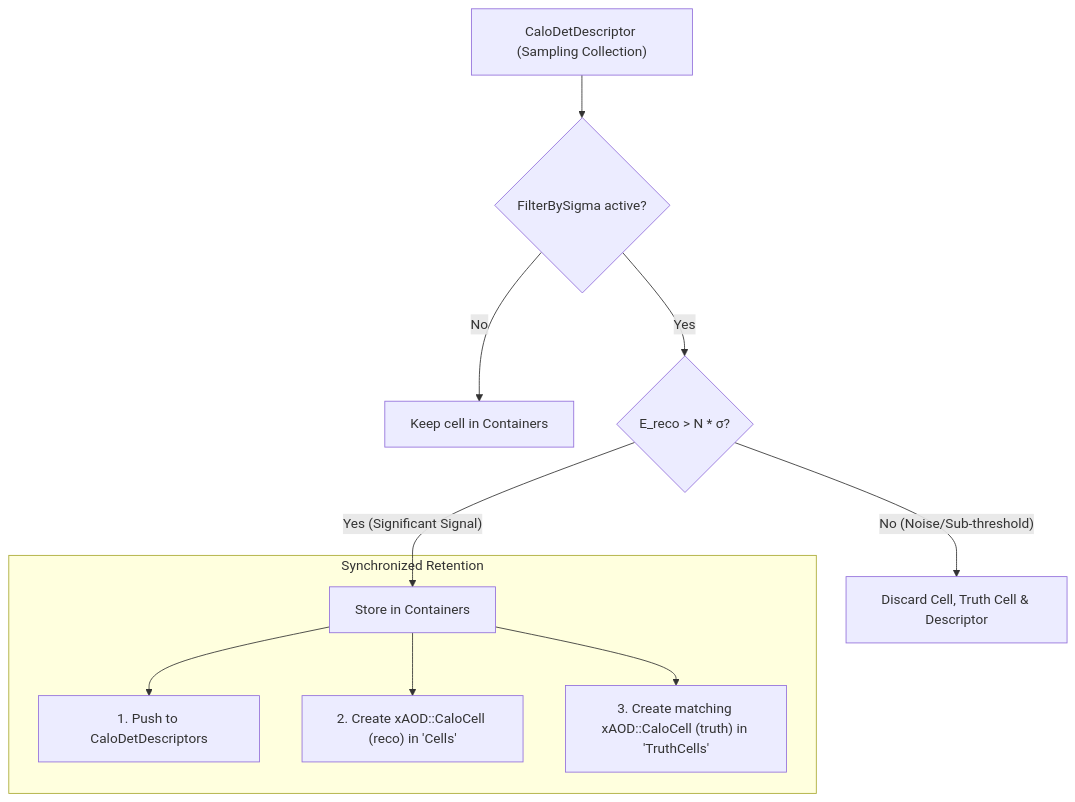
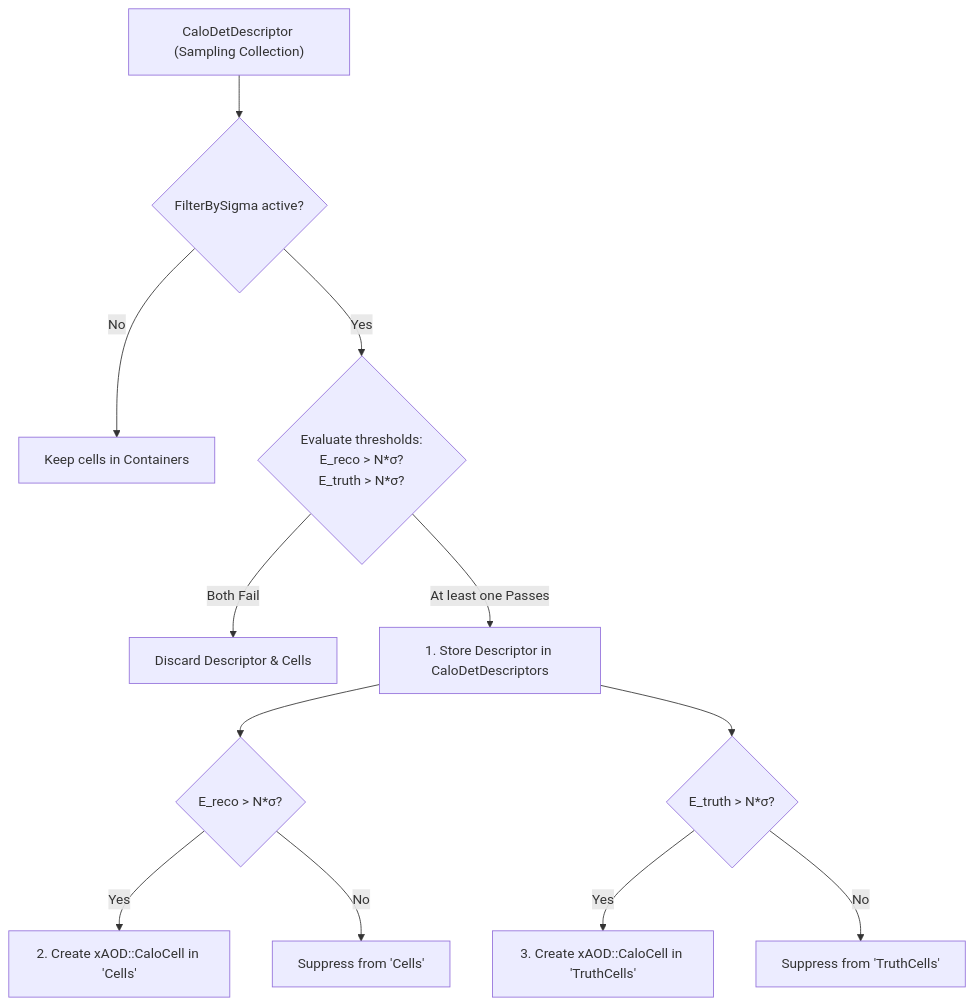
One commit to lordhsdw999-a11y/lorenzetti changed the second of 2 diagrams in reconstruction/calorimeter/CaloCellBuilder/README.md. Above: the diagram before and after it, drawn with Mermaid. The commit also changed other lines of this file and 9 other files, not shown here.

````diff
--- a/reconstruction/calorimeter/CaloCellBuilder/README.md
+++ b/reconstruction/calorimeter/CaloCellBuilder/README.md
@@ -166,14 +164,14 @@
 ```mermaid
 graph TD
     Desc["CaloDetDescriptor (Sampling Collection)"] --> Check{"FilterBySigma active?"}
-    Check -- "No" --> RetainAll["Keep cell in Containers"]
-    Check -- "Yes" --> Eval{"E_reco > N * &sigma;?"}
-    Eval -- "No (Noise/Sub-threshold)" --> Drop["Discard Cell, Truth Cell & Descriptor"]
-    Eval -- "Yes (Significant Signal)" --> Retain["Store in Containers"]
-
-    subgraph Synchronized Retention
-        Retain --> D["1. Push to CaloDetDescriptors"]
-        Retain --> C["2. Create xAOD::CaloCell (reco) in 'Cells'"]
-        Retain --> TC["3. Create matching xAOD::CaloCell (truth) in 'TruthCells'"]
-    end
+    Check -- "No" --> RetainAll["Keep cells in Containers"]
+    Check -- "Yes" --> Eval{"Evaluate thresholds:<br/>E_reco > N*&sigma;?<br/>E_truth > N*&sigma;?"}
+    Eval -- "Both Fail" --> Drop["Discard Descriptor & Cells"]
+    Eval -- "At least one Passes" --> DescRetain["1. Store Descriptor in CaloDetDescriptors"]
+    DescRetain --> CheckReco{"E_reco > N*&sigma;?"}
+    CheckReco -- "Yes" --> RecoPass["2. Create xAOD::CaloCell in 'Cells'"]
+    CheckReco -- "No" --> RecoDrop["Suppress from 'Cells'"]
+    DescRetain --> CheckTruth{"E_truth > N*&sigma;?"}
+    CheckTruth -- "Yes" --> TruthPass["3. Create xAOD::CaloCell in 'TruthCells'"]
+    CheckTruth -- "No" --> TruthDrop["Suppress from 'TruthCells'"]
 ```
````
